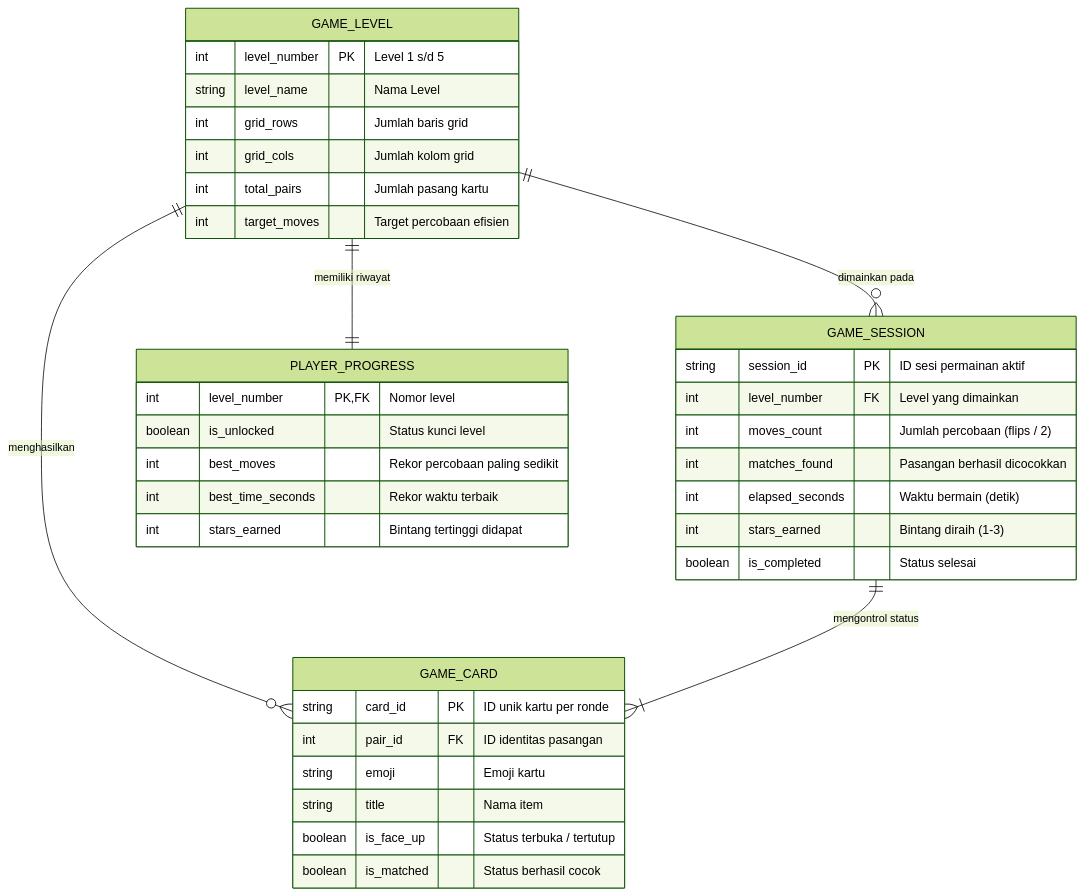
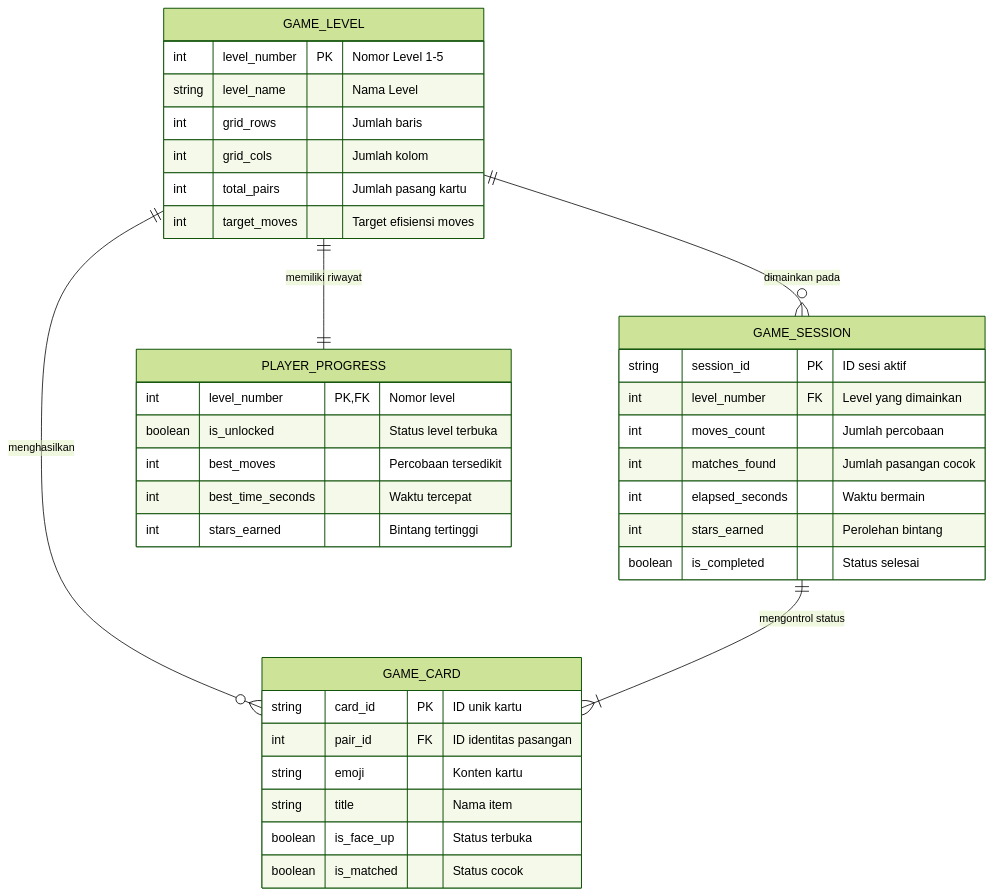
The diagram in README.md (SukaMCD/MEMORY-CARD-GAME), drawn with Mermaid (forest theme) before and after one commit. The commit also changed other lines of this file, not shown here.

````diff
--- a/README.md
+++ b/README.md
@@ -42,43 +42,43 @@
 ```mermaid
 erDiagram
     GAME_LEVEL ||--o{ GAME_CARD : "menghasilkan"
     GAME_LEVEL ||--o{ GAME_SESSION : "dimainkan pada"
     GAME_LEVEL ||--|| PLAYER_PROGRESS : "memiliki riwayat"
     GAME_SESSION ||--|{ GAME_CARD : "mengontrol status"
 
     GAME_LEVEL {
-        int level_number PK "Level 1 s/d 5"
+        int level_number PK "Nomor Level 1-5"
         string level_name "Nama Level"
-        int grid_rows "Jumlah baris grid"
-        int grid_cols "Jumlah kolom grid"
+        int grid_rows "Jumlah baris"
+        int grid_cols "Jumlah kolom"
         int total_pairs "Jumlah pasang kartu"
-        int target_moves "Target percobaan efisien"
+        int target_moves "Target efisiensi moves"
     }
 
     GAME_CARD {
-        string card_id PK "ID unik kartu per ronde"
+        string card_id PK "ID unik kartu"
         int pair_id FK "ID identitas pasangan"
-        string emoji "Emoji kartu"
+        string emoji "Konten kartu"
         string title "Nama item"
-        boolean is_face_up "Status terbuka / tertutup"
-        boolean is_matched "Status berhasil cocok"
+        boolean is_face_up "Status terbuka"
+        boolean is_matched "Status cocok"
     }
 
     GAME_SESSION {
-        string session_id PK "ID sesi permainan aktif"
+        string session_id PK "ID sesi aktif"
         int level_number FK "Level yang dimainkan"
-        int moves_count "Jumlah percobaan (flips / 2)"
-        int matches_found "Pasangan berhasil dicocokkan"
-        int elapsed_seconds "Waktu bermain (detik)"
-        int stars_earned "Bintang diraih (1-3)"
+        int moves_count "Jumlah percobaan"
+        int matches_found "Jumlah pasangan cocok"
+        int elapsed_seconds "Waktu bermain"
+        int stars_earned "Perolehan bintang"
         boolean is_completed "Status selesai"
     }
 
     PLAYER_PROGRESS {
         int level_number PK, FK "Nomor level"
-        boolean is_unlocked "Status kunci level"
-        int best_moves "Rekor percobaan paling sedikit"
-        int best_time_seconds "Rekor waktu terbaik"
-        int stars_earned "Bintang tertinggi didapat"
+        boolean is_unlocked "Status level terbuka"
+        int best_moves "Percobaan tersedikit"
+        int best_time_seconds "Waktu tercepat"
+        int stars_earned "Bintang tertinggi"
     }
 ```
````
